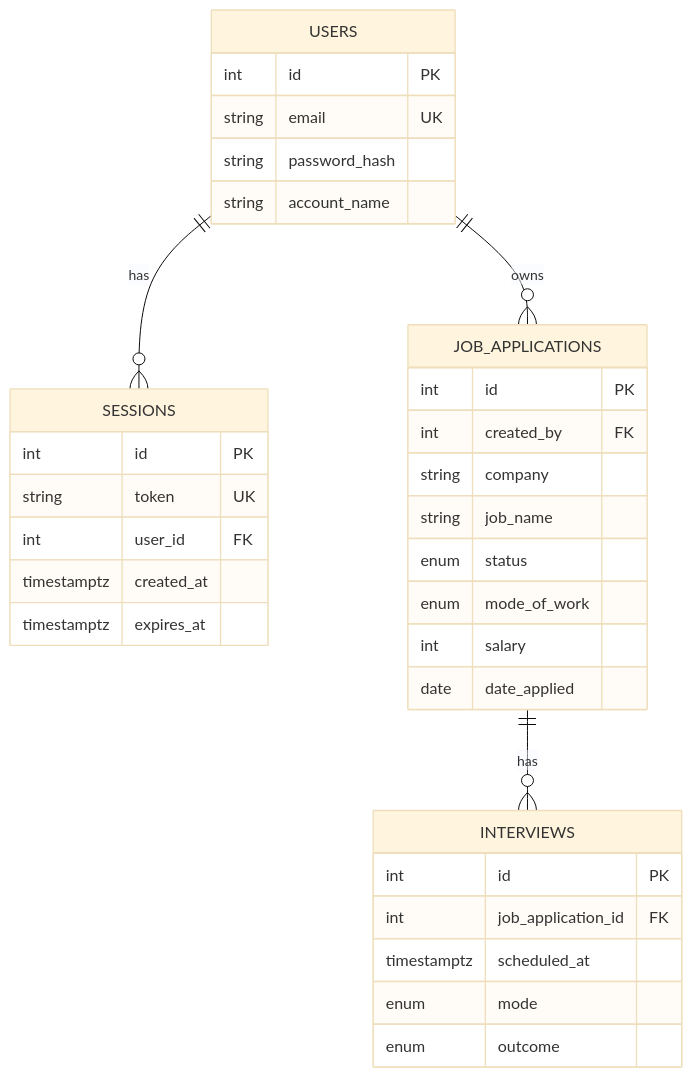
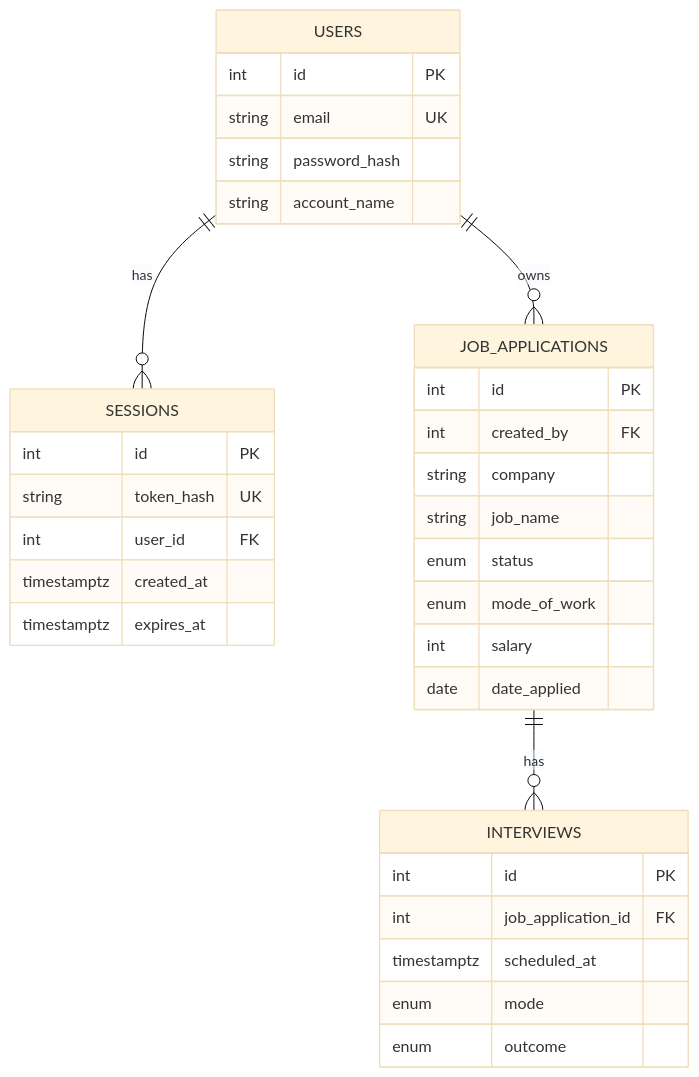
The diagram in docs/ARCHITECTURE.md (pcmnepomuceno/ApplyFlow), drawn with Mermaid (base theme) before and after one commit. The commit also changed other lines of this file and 3 other files, not shown here.

Commit message:
docs: hashed session tokens (architecture, decision, roadmap)

````diff
--- a/docs/ARCHITECTURE.md
+++ b/docs/ARCHITECTURE.md
@@ -19,10 +19,10 @@
 ```mermaid
 erDiagram
     USERS ||--o{ SESSIONS : has
     USERS ||--o{ JOB_APPLICATIONS : owns
     JOB_APPLICATIONS ||--o{ INTERVIEWS : has
     USERS { int id PK string email UK string password_hash string account_name }
-    SESSIONS { int id PK string token UK int user_id FK timestamptz created_at timestamptz expires_at }
+    SESSIONS { int id PK string token_hash UK int user_id FK timestamptz created_at timestamptz expires_at }
     JOB_APPLICATIONS { int id PK int created_by FK string company string job_name enum status enum mode_of_work int salary date date_applied }
     INTERVIEWS { int id PK int job_application_id FK timestamptz scheduled_at enum mode enum outcome }
 ```
````
